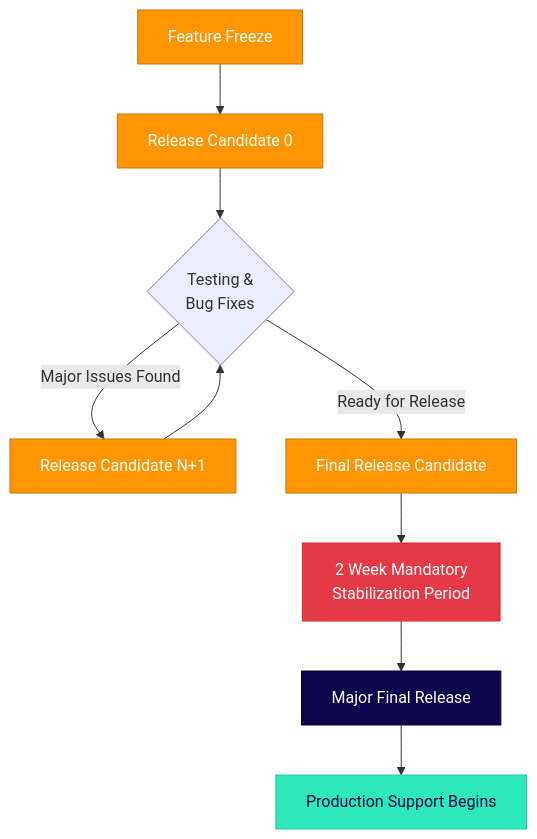
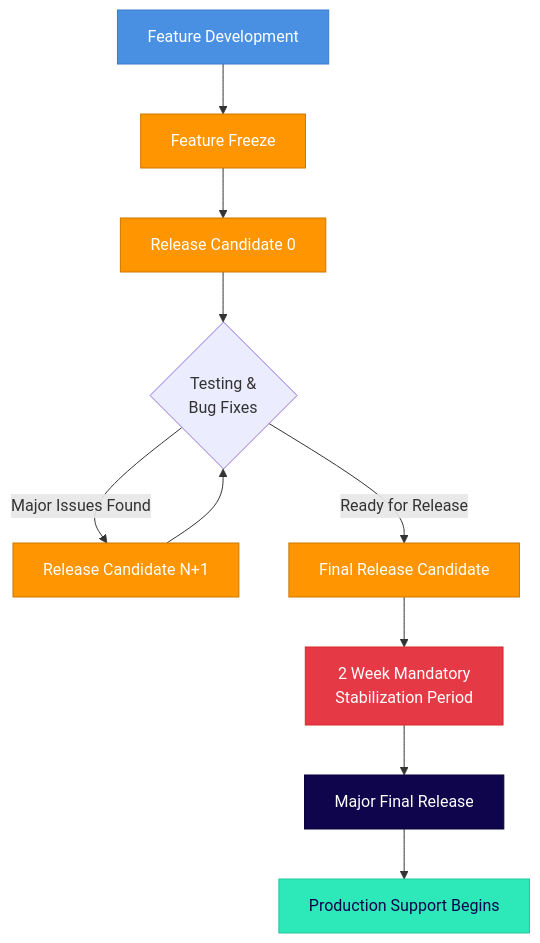
One commit to sequentech/step changed the fourth of 4 diagrams in docs/docusaurus/docs/reference/product_lifecycle_and_release_cadence.md. Above: the diagram before and after it, drawn with Mermaid. The commit also changed other lines of this file, not shown here.

````diff
--- a/docs/docusaurus/docs/reference/product_lifecycle_and_release_cadence.md
+++ b/docs/docusaurus/docs/reference/product_lifecycle_and_release_cadence.md
@@ -358,27 +368,29 @@
 ```mermaid
 ---
 config:
     logLevel: 'debug'
     theme: 'default'
     themeVariables:
         cScale0: '#0f054c'
         cScale1: '#2de8b9'
 ---
 flowchart TD
-    A[Feature Freeze] --> B[Release Candidate 0]
-    B --> C{Testing & <br/>Bug Fixes}
-    C -->|Major Issues Found| D[Release Candidate N+1]
-    D --> C
-    C -->|Ready for Release| E[Final Release Candidate]
-    E --> F[2 Week Mandatory<br/>Stabilization Period]
-    F --> G[Major Final Release]
-    G --> H[Production Support Begins]
+    A[Feature Development] --> B[Feature Freeze]
+    B --> C[Release Candidate 0]
+    C --> D{Testing & <br/>Bug Fixes}
+    D -->|Major Issues Found| E[Release Candidate N+1]
+    E --> D
+    D -->|Ready for Release| F[Final Release Candidate]
+    F --> G[2 Week Mandatory<br/>Stabilization Period]
+    G --> H[Major Final Release]
+    H --> I[Production Support Begins]
     
-    style A fill:#ff9500,stroke:#cc7700,color:#fff
+    style A fill:#4a90e2,stroke:#3a7bc8,color:#fff
     style B fill:#ff9500,stroke:#cc7700,color:#fff
-    style D fill:#ff9500,stroke:#cc7700,color:#fff
+    style C fill:#ff9500,stroke:#cc7700,color:#fff
     style E fill:#ff9500,stroke:#cc7700,color:#fff
-    style F fill:#e63946,stroke:#d62828,color:#fff
-    style G fill:#0f054c,stroke:#0a0339,color:#fff
-    style H fill:#2de8b9,stroke:#24c7a0,color:#0f054c
+    style F fill:#ff9500,stroke:#cc7700,color:#fff
+    style G fill:#e63946,stroke:#d62828,color:#fff
+    style H fill:#0f054c,stroke:#0a0339,color:#fff
+    style I fill:#2de8b9,stroke:#24c7a0,color:#0f054c
 ```
````
